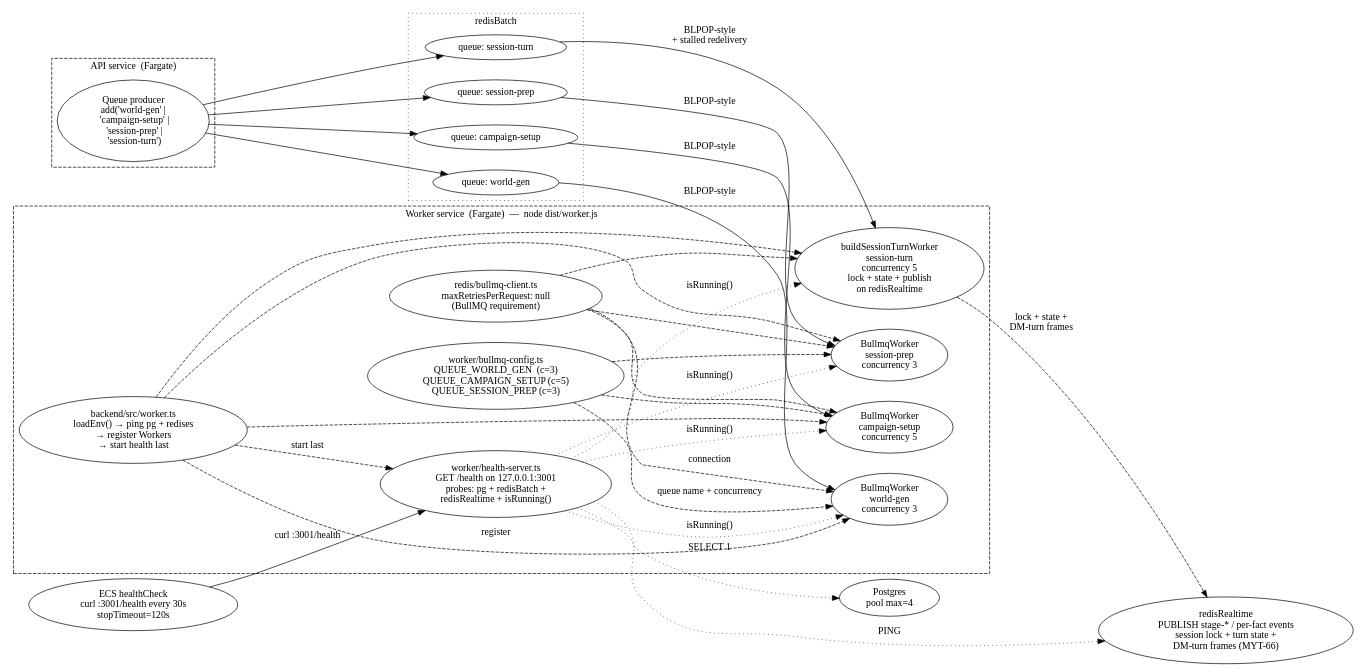
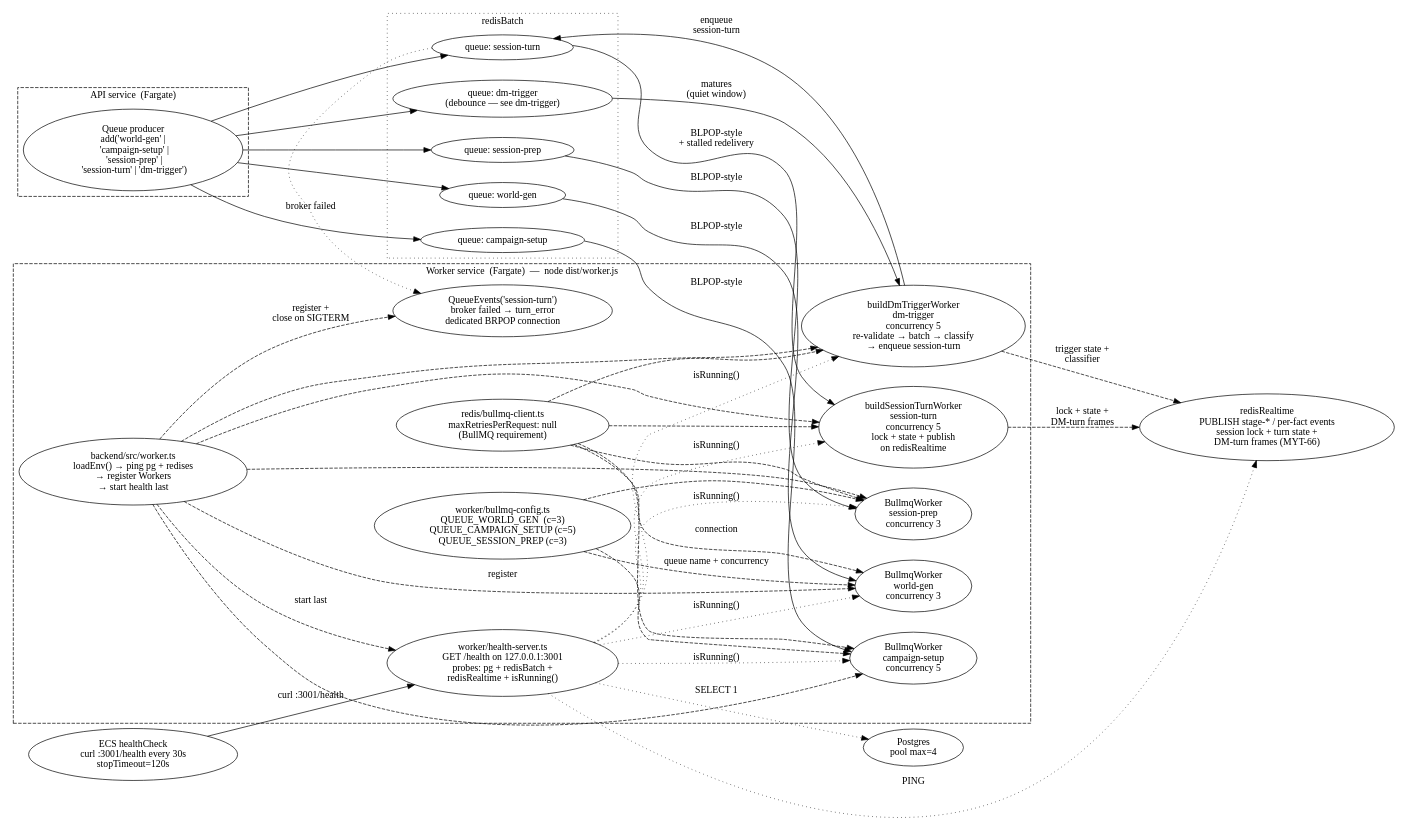
One commit to mythrun/mythrun changed the diagram in docs/wiki/diagrams/runtime/worker.dot. Above: the diagram before and after it, drawn with Graphviz. The commit also changed 30 other files, not shown here.

First line of the commit message:
docs(wiki): sync for MYT-67 — DM trigger system page + transport/turn/worker updates

```diff
--- a/docs/wiki/diagrams/runtime/worker.dot
+++ b/docs/wiki/diagrams/runtime/worker.dot
@@ -1,89 +1,104 @@
 digraph worker {
   // The worker. A second ECS Fargate service that runs node dist/worker.js
-  // and pulls jobs from four BullMQ queues on redisBatch. Health server on
+  // and pulls jobs from five BullMQ queues on redisBatch. Health server on
   // 127.0.0.1:3001 is what ECS probes. Real prep-stage processors land across
   // MYT-51 onward; session-prep (MYT-61) is the third queue/worker; the
   // session-turn worker (MYT-66) is the fourth — the lock-fenced DM-turn
-  // conductor that also reads/writes redisRealtime (lock + state + publish).
+  // conductor; the dm-trigger worker (MYT-67) is the fifth — the DM-trigger
+  // decision shell. Both also read/write redisRealtime (lock / state / publish /
+  // trigger coordination). A QueueEvents('session-turn') subscriber publishes the
+  // broker-side terminal turn_error on a dedicated blocking connection.
   rankdir=LR;
   compound=true;
   nodesep=0.4;
   ranksep=0.7;
 
   subgraph cluster_api {
     label="API service  (Fargate)";
     style="dashed";
     color="ember";
     fontcolor="ember";
 
-    queue_producer [label="Queue producer\nadd('world-gen' |\n  'campaign-setup' |\n  'session-prep' |\n  'session-turn')"];
+    queue_producer [label="Queue producer\nadd('world-gen' |\n  'campaign-setup' |\n  'session-prep' |\n  'session-turn' | 'dm-trigger')"];
   }
 
   subgraph cluster_redis {
     label="redisBatch";
     style="dotted";
 
     q_world    [label="queue: world-gen"];
     q_campaign [label="queue: campaign-setup"];
     q_prep     [label="queue: session-prep"];
     q_turn     [label="queue: session-turn", color="ember", fontcolor="ember"];
+    q_trig     [label="queue: dm-trigger\n(debounce — see dm-trigger)", color="ember", fontcolor="ember"];
   }
 
   subgraph cluster_worker {
     label="Worker service  (Fargate)  —  node dist/worker.js";
     style="dashed";
     color="ember";
     fontcolor="ember";
 
     entry      [label="backend/src/worker.ts\nloadEnv() → ping pg + redises\n→ register Workers\n→ start health last", color="ember", fontcolor="ember"];
     cfg        [label="worker/bullmq-config.ts\nQUEUE_WORLD_GEN  (c=3)\nQUEUE_CAMPAIGN_SETUP (c=5)\nQUEUE_SESSION_PREP (c=3)"];
     w_world    [label="BullmqWorker\nworld-gen\nconcurrency 3"];
     w_camp     [label="BullmqWorker\ncampaign-setup\nconcurrency 5"];
     w_prep     [label="BullmqWorker\nsession-prep\nconcurrency 3", color="ember", fontcolor="ember"];
     w_turn     [label="buildSessionTurnWorker\nsession-turn\nconcurrency 5\nlock + state + publish\non redisRealtime", color="ember", fontcolor="ember"];
+    w_trig     [label="buildDmTriggerWorker\ndm-trigger\nconcurrency 5\nre-validate → batch → classify\n→ enqueue session-turn", color="ember", fontcolor="ember"];
+    qevents    [label="QueueEvents('session-turn')\nbroker failed → turn_error\ndedicated BRPOP connection", color="ember", fontcolor="ember"];
     health     [label="worker/health-server.ts\nGET /health on 127.0.0.1:3001\nprobes: pg + redisBatch +\nredisRealtime + isRunning()"];
     bullmq_redis [label="redis/bullmq-client.ts\nmaxRetriesPerRequest: null\n(BullMQ requirement)"];
   }
 
   ecs   [label="ECS healthCheck\ncurl :3001/health every 30s\nstopTimeout=120s"];
   pg    [label="Postgres\npool max=4"];
   realtime [label="redisRealtime\nPUBLISH stage-* / per-fact events\nsession lock + turn state +\nDM-turn frames (MYT-66)"];
 
   // API enqueues
   queue_producer -> q_world;
   queue_producer -> q_campaign;
   queue_producer -> q_prep;
   queue_producer -> q_turn;
+  queue_producer -> q_trig;
 
   // Worker consumes
   q_world    -> w_world  [label="BLPOP-style"];
   q_campaign -> w_camp   [label="BLPOP-style"];
   q_prep     -> w_prep   [label="BLPOP-style"];
   q_turn     -> w_turn   [label="BLPOP-style\n+ stalled redelivery", color="ember"];
+  q_trig     -> w_trig   [label="matures\n(quiet window)", color="ember"];
+  w_trig     -> q_turn   [label="enqueue\nsession-turn", color="ember"];
+  q_turn     -> qevents  [label="broker failed", style=dotted, color="ember"];
 
   // Worker shape
   cfg     -> w_world  [style=dashed, label="queue name + concurrency"];
   cfg     -> w_camp   [style=dashed];
   cfg     -> w_prep   [style=dashed];
   entry   -> w_world  [style=dashed, label="register"];
   entry   -> w_camp   [style=dashed];
   entry   -> w_prep   [style=dashed];
   entry   -> w_turn   [style=dashed];
+  entry   -> w_trig   [style=dashed];
+  entry   -> qevents  [style=dashed, label="register +\nclose on SIGTERM"];
   bullmq_redis -> w_world [style=dashed, label="connection"];
   bullmq_redis -> w_camp  [style=dashed];
   bullmq_redis -> w_prep  [style=dashed];
   bullmq_redis -> w_turn  [style=dashed];
+  bullmq_redis -> w_trig  [style=dashed];
 
-  // Turn worker also drives redisRealtime (lock + state + frame publish)
+  // Turn + trigger workers also drive redisRealtime (lock / state / publish / coordination)
   w_turn -> realtime [style=dashed, label="lock + state +\nDM-turn frames", color="ember"];
+  w_trig -> realtime [style=dashed, label="trigger state +\nclassifier", color="ember"];
 
   // Health + ECS probe
   entry  -> health [style=dashed, label="start last"];
   ecs    -> health [label="curl :3001/health"];
   health -> pg          [label="SELECT 1", style=dotted];
   health -> w_world     [label="isRunning()", style=dotted];
   health -> w_camp      [label="isRunning()", style=dotted];
   health -> w_prep      [label="isRunning()", style=dotted];
   health -> w_turn      [label="isRunning()", style=dotted];
+  health -> w_trig      [label="isRunning()", style=dotted];
   health -> realtime    [label="PING", style=dotted];
 }
```
